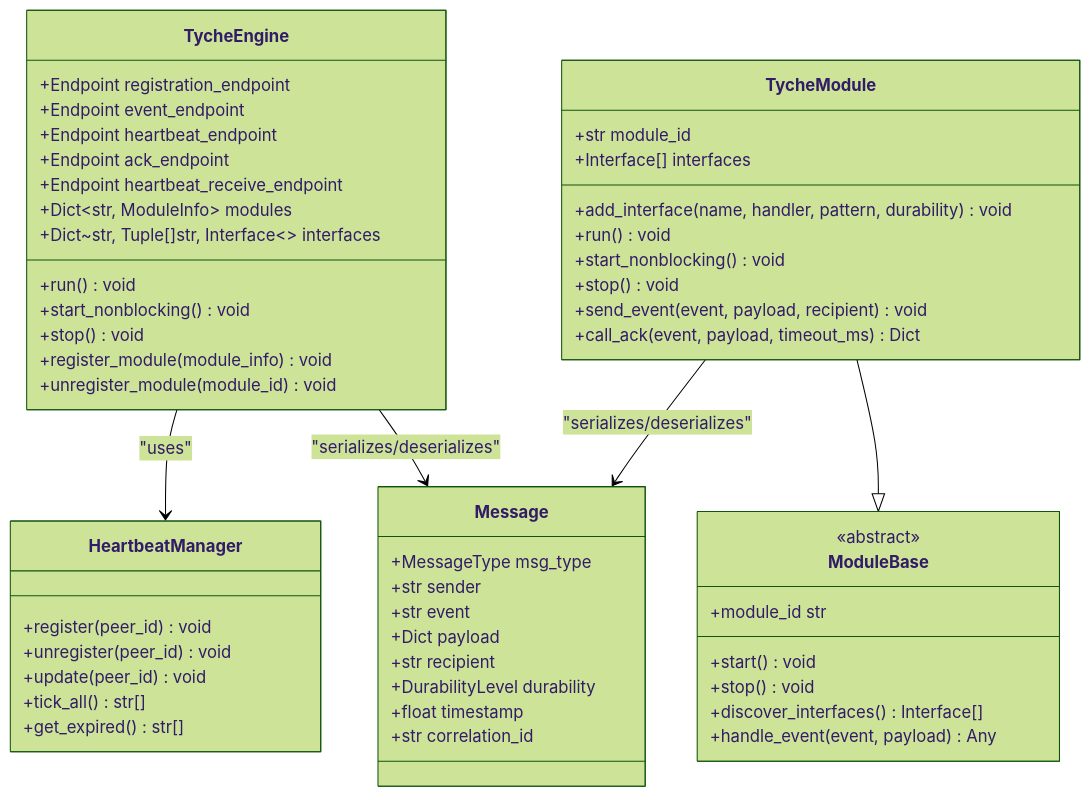
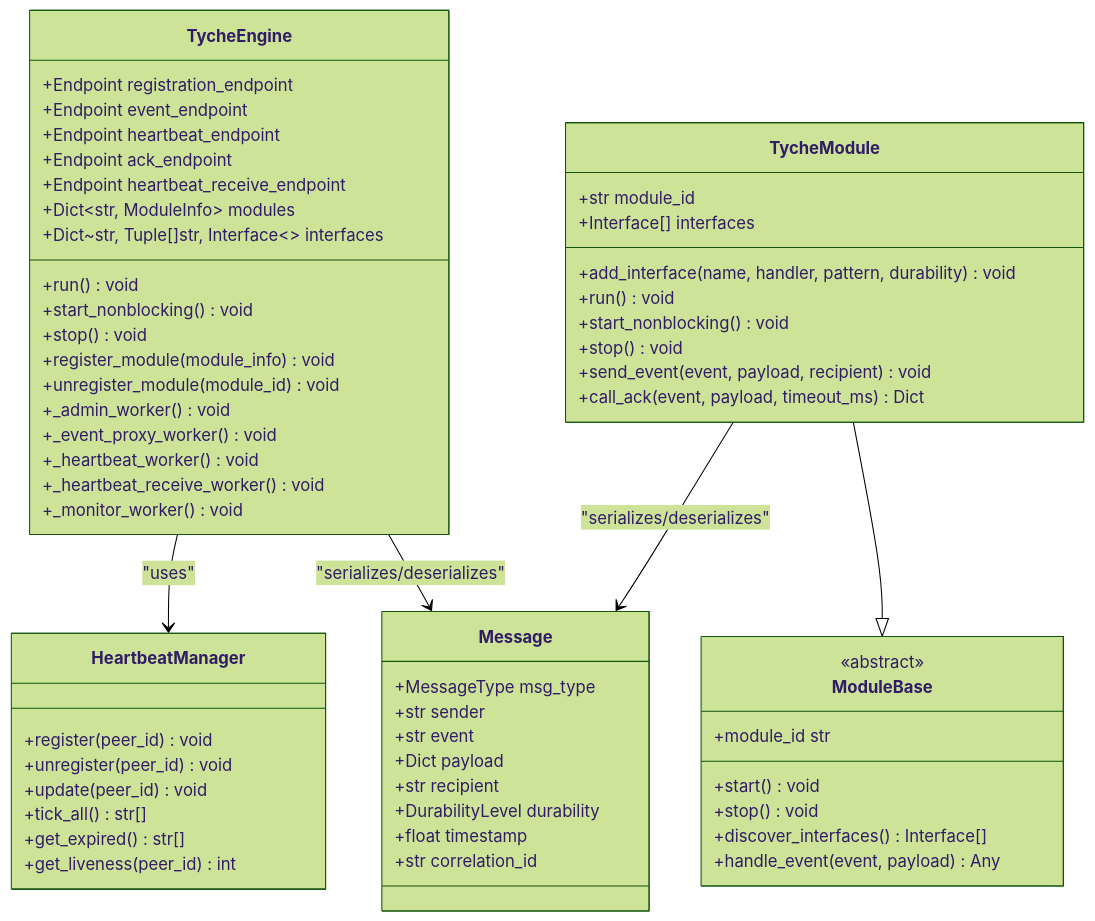
One commit to zt281/TycheEngine changed the third of 8 diagrams in .qoder/repowiki/en/content/Core Components/Core Components.md. Above: the diagram before and after it, drawn with Mermaid (forest theme). The commit also changed other lines of this file and 5 other files, not shown here.

````diff
--- a/.qoder/repowiki/en/content/Core Components/Core Components.md
+++ b/.qoder/repowiki/en/content/Core Components/Core Components.md
@@ -354,56 +396,62 @@
 ```mermaid
 classDiagram
 class TycheEngine {
 +Endpoint registration_endpoint
 +Endpoint event_endpoint
 +Endpoint heartbeat_endpoint
 +Endpoint ack_endpoint
 +Endpoint heartbeat_receive_endpoint
 +Dict~str, ModuleInfo~ modules
 +Dict~str, Tuple[]str, Interface~~ interfaces
 +run() void
 +start_nonblocking() void
 +stop() void
 +register_module(module_info) void
 +unregister_module(module_id) void
++_admin_worker() void
++_event_proxy_worker() void
++_heartbeat_worker() void
++_heartbeat_receive_worker() void
++_monitor_worker() void
 }
 class TycheModule {
 +str module_id
 +Interface[] interfaces
 +add_interface(name, handler, pattern, durability) void
 +run() void
 +start_nonblocking() void
 +stop() void
 +send_event(event, payload, recipient) void
 +call_ack(event, payload, timeout_ms) Dict
 }
 class ModuleBase {
 <<abstract>>
 +module_id str
 +start() void
 +stop() void
 +discover_interfaces() Interface[]
 +handle_event(event, payload) Any
 }
 class Message {
 +MessageType msg_type
 +str sender
 +str event
 +Dict payload
 +str recipient
 +DurabilityLevel durability
 +float timestamp
 +str correlation_id
 }
 class HeartbeatManager {
 +register(peer_id) void
 +unregister(peer_id) void
 +update(peer_id) void
 +tick_all() str[]
 +get_expired() str[]
++get_liveness(peer_id) int
 }
 TycheModule --|> ModuleBase
 TycheEngine --> HeartbeatManager : "uses"
 TycheEngine --> Message : "serializes/deserializes"
 TycheModule --> Message : "serializes/deserializes"
 ```
````
